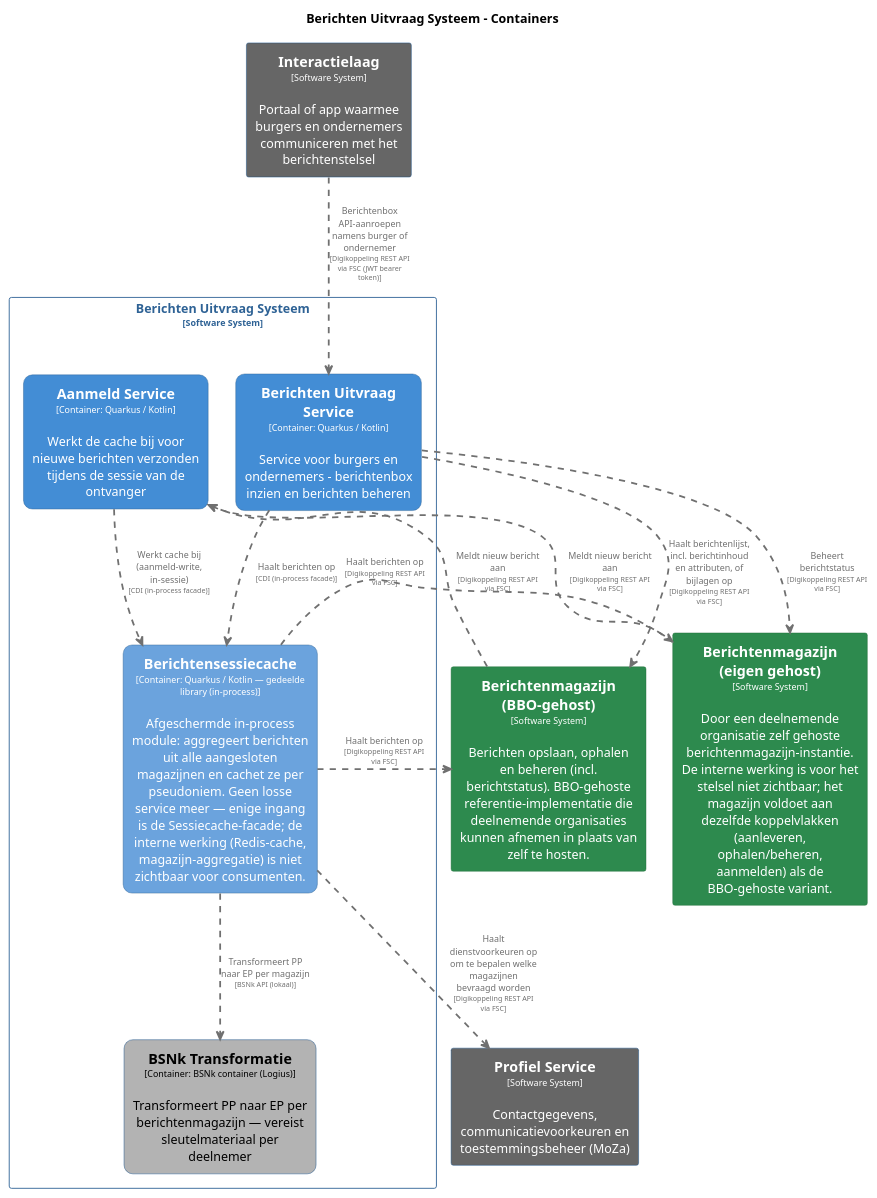
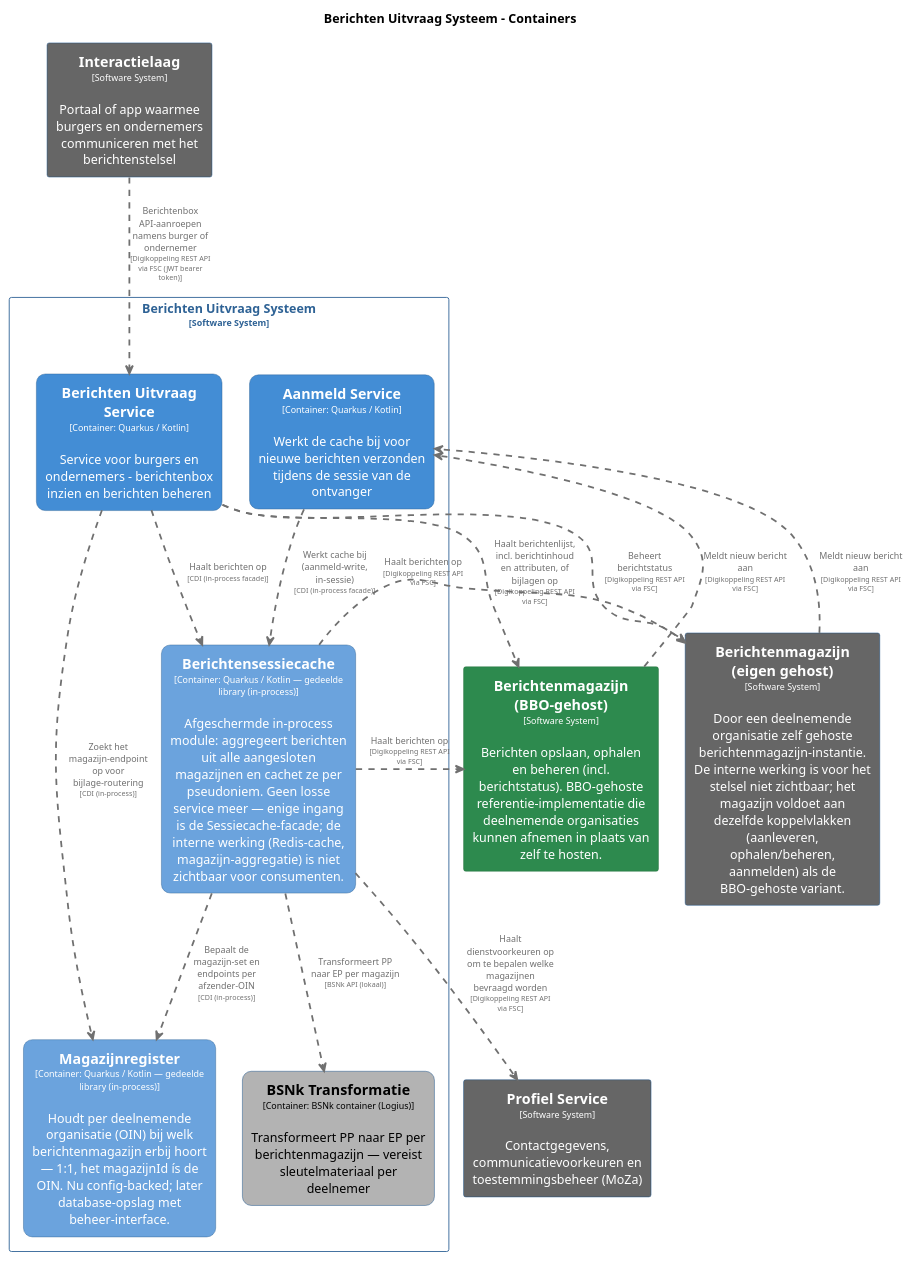
Before and after one commit to MinBZK/moza-poc-fbs-berichtenbox: the diagram in pr-preview/pr-95/master/puml/BerichtenUitvraagSysteemContainers.puml, drawn with PlantUML. The commit also changed 81 other files, not shown here.

```diff
--- a/pr-preview/pr-95/master/puml/BerichtenUitvraagSysteemContainers.puml
+++ b/pr-preview/pr-95/master/puml/BerichtenUitvraagSysteemContainers.puml
@@ -1,99 +1,109 @@
 @startuml
 set separator none
 title Berichten Uitvraag Systeem - Containers
 
 top to bottom direction
 skinparam ranksep 60
 skinparam nodesep 30
 
 skinparam {
   arrowFontSize 10
   defaultTextAlignment center
   wrapWidth 200
   maxMessageSize 100
 }
 
 hide stereotype
 
 skinparam rectangle<<BerichtenUitvraagSysteem.AanmeldService>> {
   BackgroundColor #438dd5
   FontColor #ffffff
   BorderColor #2e6295
   roundCorner 20
   shadowing false
 }
 skinparam rectangle<<BerichtenUitvraagSysteem.BSNkTransformatie>> {
   BackgroundColor #b3b3b3
   FontColor #000000
   BorderColor #0b4884
   roundCorner 20
   shadowing false
 }
 skinparam rectangle<<BerichtenUitvraagSysteem.BerichtenUitvraagService>> {
   BackgroundColor #438dd5
   FontColor #ffffff
   BorderColor #2e6295
   roundCorner 20
   shadowing false
 }
 skinparam rectangle<<BerichtenmagazijnBBOgehost>> {
   BackgroundColor #2d8a4e
   FontColor #ffffff
   BorderColor #1e6b38
   shadowing false
 }
 skinparam rectangle<<Berichtenmagazijneigengehost>> {
-  BackgroundColor #2d8a4e
+  BackgroundColor #666666
   FontColor #ffffff
-  BorderColor #1e6b38
+  BorderColor #0b4884
   shadowing false
 }
 skinparam rectangle<<BerichtenUitvraagSysteem.Berichtensessiecache>> {
   BackgroundColor #6ba3dd
   FontColor #ffffff
   BorderColor #2e6295
   roundCorner 20
   shadowing false
 }
 skinparam rectangle<<Interactielaag>> {
   BackgroundColor #666666
   FontColor #ffffff
   BorderColor #0b4884
+  shadowing false
+}
+skinparam rectangle<<BerichtenUitvraagSysteem.Magazijnregister>> {
+  BackgroundColor #6ba3dd
+  FontColor #ffffff
+  BorderColor #2e6295
+  roundCorner 20
   shadowing false
 }
 skinparam rectangle<<ProfielService>> {
   BackgroundColor #666666
   FontColor #ffffff
   BorderColor #0b4884
   shadowing false
 }
 skinparam rectangle<<BerichtenUitvraagSysteem>> {
   BorderColor #2e6295
   FontColor #2e6295
   shadowing false
 }
 
 rectangle "==Profiel Service\n<size:10>[Software System]</size>\n\nContactgegevens, communicatievoorkeuren en toestemmingsbeheer (MoZa)" <<ProfielService>> as ProfielService
 rectangle "==Interactielaag\n<size:10>[Software System]</size>\n\nPortaal of app waarmee burgers en ondernemers communiceren met het berichtenstelsel" <<Interactielaag>> as Interactielaag
 rectangle "==Berichtenmagazijn (eigen gehost)\n<size:10>[Software System]</size>\n\nDoor een deelnemende organisatie zelf gehoste berichtenmagazijn-instantie. De interne werking is voor het stelsel niet zichtbaar; het magazijn voldoet aan dezelfde koppelvlakken (aanleveren, ophalen/beheren, aanmelden) als de BBO-gehoste variant." <<Berichtenmagazijneigengehost>> as Berichtenmagazijneigengehost
 rectangle "==Berichtenmagazijn (BBO-gehost)\n<size:10>[Software System]</size>\n\nBerichten opslaan, ophalen en beheren (incl. berichtstatus). BBO-gehoste referentie-implementatie die deelnemende organisaties kunnen afnemen in plaats van zelf te hosten." <<BerichtenmagazijnBBOgehost>> as BerichtenmagazijnBBOgehost
 
 rectangle "Berichten Uitvraag Systeem\n<size:10>[Software System]</size>" <<BerichtenUitvraagSysteem>> {
   rectangle "==Berichtensessiecache\n<size:10>[Container: Quarkus / Kotlin — gedeelde library (in-process)]</size>\n\nAfgeschermde in-process module: aggregeert berichten uit alle aangesloten magazijnen en cachet ze per pseudoniem. Geen losse service meer — enige ingang is de Sessiecache-facade; de interne werking (Redis-cache, magazijn-aggregatie) is niet zichtbaar voor consumenten." <<BerichtenUitvraagSysteem.Berichtensessiecache>> as BerichtenUitvraagSysteem.Berichtensessiecache
   rectangle "==Berichten Uitvraag Service\n<size:10>[Container: Quarkus / Kotlin]</size>\n\nService voor burgers en ondernemers - berichtenbox inzien en berichten beheren" <<BerichtenUitvraagSysteem.BerichtenUitvraagService>> as BerichtenUitvraagSysteem.BerichtenUitvraagService
   rectangle "==BSNk Transformatie\n<size:10>[Container: BSNk container (Logius)]</size>\n\nTransformeert PP naar EP per berichtenmagazijn — vereist sleutelmateriaal per deelnemer" <<BerichtenUitvraagSysteem.BSNkTransformatie>> as BerichtenUitvraagSysteem.BSNkTransformatie
   rectangle "==Aanmeld Service\n<size:10>[Container: Quarkus / Kotlin]</size>\n\nWerkt de cache bij voor nieuwe berichten verzonden tijdens de sessie van de ontvanger" <<BerichtenUitvraagSysteem.AanmeldService>> as BerichtenUitvraagSysteem.AanmeldService
+  rectangle "==Magazijnregister\n<size:10>[Container: Quarkus / Kotlin — gedeelde library (in-process)]</size>\n\nHoudt per deelnemende organisatie (OIN) bij welk berichtenmagazijn erbij hoort — 1:1, het magazijnId ís de OIN. Nu config-backed; later database-opslag met beheer-interface." <<BerichtenUitvraagSysteem.Magazijnregister>> as BerichtenUitvraagSysteem.Magazijnregister
 }
 
+BerichtenUitvraagSysteem.BerichtenUitvraagService .[#707070,thickness=2].> BerichtenmagazijnBBOgehost : "<color:#707070>Haalt berichtenlijst, incl. berichtinhoud en attributen, of bijlagen op\n<color:#707070><size:8>[Digikoppeling REST API via FSC]</size>"
 BerichtenmagazijnBBOgehost .[#707070,thickness=2].> BerichtenUitvraagSysteem.AanmeldService : "<color:#707070>Meldt nieuw bericht aan\n<color:#707070><size:8>[Digikoppeling REST API via FSC]</size>"
 Berichtenmagazijneigengehost .[#707070,thickness=2].> BerichtenUitvraagSysteem.AanmeldService : "<color:#707070>Meldt nieuw bericht aan\n<color:#707070><size:8>[Digikoppeling REST API via FSC]</size>"
 BerichtenUitvraagSysteem.Berichtensessiecache .[#707070,thickness=2].> Berichtenmagazijneigengehost : "<color:#707070>Haalt berichten op\n<color:#707070><size:8>[Digikoppeling REST API via FSC]</size>"
 BerichtenUitvraagSysteem.BerichtenUitvraagService .[#707070,thickness=2].> Berichtenmagazijneigengehost : "<color:#707070>Beheert berichtstatus\n<color:#707070><size:8>[Digikoppeling REST API via FSC]</size>"
 BerichtenUitvraagSysteem.Berichtensessiecache .[#707070,thickness=2].> ProfielService : "<color:#707070>Haalt dienstvoorkeuren op om te bepalen welke magazijnen bevraagd worden\n<color:#707070><size:8>[Digikoppeling REST API via FSC]</size>"
 BerichtenUitvraagSysteem.Berichtensessiecache .[#707070,thickness=2].> BerichtenmagazijnBBOgehost : "<color:#707070>Haalt berichten op\n<color:#707070><size:8>[Digikoppeling REST API via FSC]</size>"
 BerichtenUitvraagSysteem.Berichtensessiecache .[#707070,thickness=2].> BerichtenUitvraagSysteem.BSNkTransformatie : "<color:#707070>Transformeert PP naar EP per magazijn\n<color:#707070><size:8>[BSNk API (lokaal)]</size>"
 BerichtenUitvraagSysteem.AanmeldService .[#707070,thickness=2].> BerichtenUitvraagSysteem.Berichtensessiecache : "<color:#707070>Werkt cache bij (aanmeld-write, in-sessie)\n<color:#707070><size:8>[CDI (in-process facade)]</size>"
 BerichtenUitvraagSysteem.BerichtenUitvraagService .[#707070,thickness=2].> BerichtenUitvraagSysteem.Berichtensessiecache : "<color:#707070>Haalt berichten op\n<color:#707070><size:8>[CDI (in-process facade)]</size>"
+BerichtenUitvraagSysteem.Berichtensessiecache .[#707070,thickness=2].> BerichtenUitvraagSysteem.Magazijnregister : "<color:#707070>Bepaalt de magazijn-set en endpoints per afzender-OIN\n<color:#707070><size:8>[CDI (in-process)]</size>"
+BerichtenUitvraagSysteem.BerichtenUitvraagService .[#707070,thickness=2].> BerichtenUitvraagSysteem.Magazijnregister : "<color:#707070>Zoekt het magazijn-endpoint op voor bijlage-routering\n<color:#707070><size:8>[CDI (in-process)]</size>"
 Interactielaag .[#707070,thickness=2].> BerichtenUitvraagSysteem.BerichtenUitvraagService : "<color:#707070>Berichtenbox API-aanroepen namens burger of ondernemer\n<color:#707070><size:8>[Digikoppeling REST API via FSC (JWT bearer token)]</size>"
-BerichtenUitvraagSysteem.BerichtenUitvraagService .[#707070,thickness=2].> BerichtenmagazijnBBOgehost : "<color:#707070>Haalt berichtenlijst, incl. berichtinhoud en attributen, of bijlagen op\n<color:#707070><size:8>[Digikoppeling REST API via FSC]</size>"
 @enduml
```
